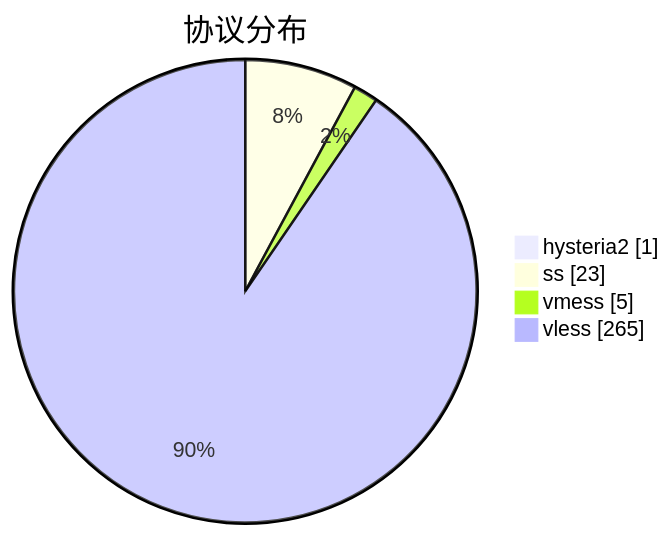
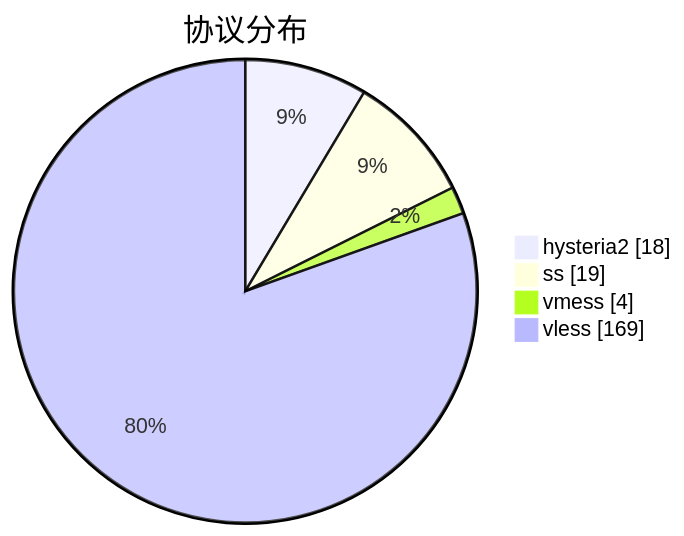
The third of 3 diagrams in subs/statistics/tested_within.md (sinspired/airport), drawn with Mermaid before and after one commit. The commit also changed other lines of this file and 2 other files, not shown here.

````diff
--- a/subs/statistics/tested_within.md
+++ b/subs/statistics/tested_within.md
@@ -27,8 +29,8 @@
 ```mermaid
 pie showData
 title 协议分布
-"hysteria2" : 1
-"ss" : 23
-"vmess" : 5
-"vless" : 265
+"hysteria2" : 18
+"ss" : 19
+"vmess" : 4
+"vless" : 169
 ```
````
